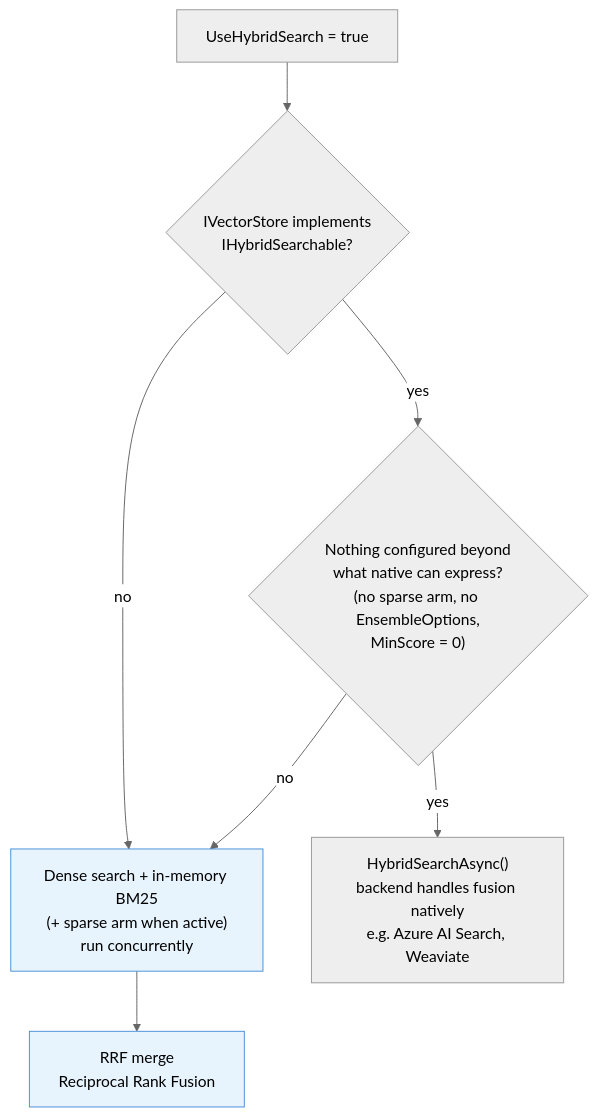
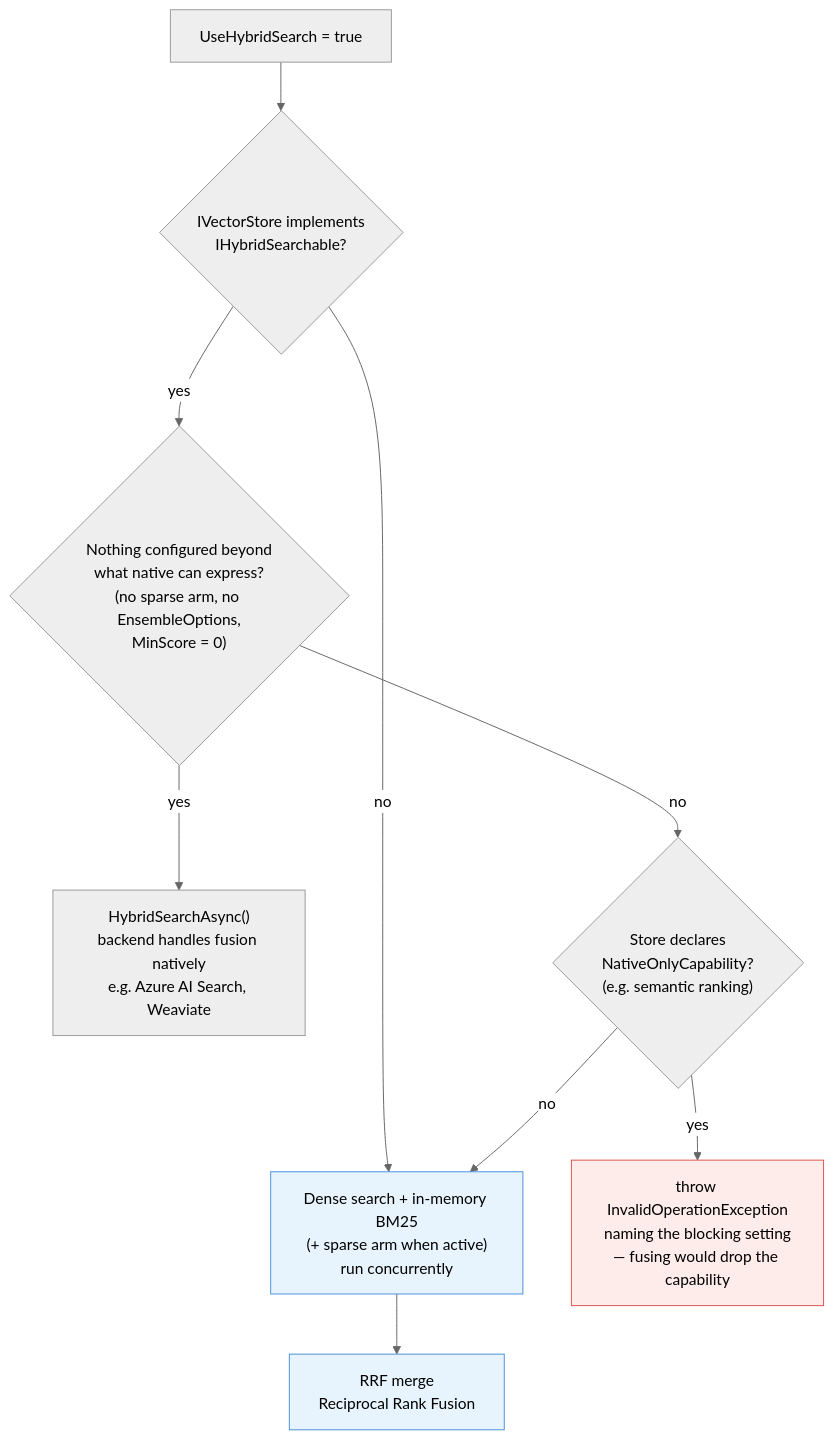
The first of 7 diagrams in docs/guide/retrieval.md (MarcelRoozekrans/Rag.NET), drawn with Mermaid (neutral theme) before and after one commit. The commit also changed other lines of this file and 14 other files, not shown here.

````diff
--- a/docs/guide/retrieval.md
+++ b/docs/guide/retrieval.md
@@ -186,12 +186,15 @@
 ```mermaid
 flowchart TD
     Q["UseHybridSearch = true"] --> CHECK{IVectorStore implements<br>IHybridSearchable?}
     CHECK -- yes --> EXPR{"Nothing configured beyond<br>what native can express?<br>(no sparse arm, no EnsembleOptions,<br>MinScore = 0)"}
     CHECK -- no --> FALLBACK["Dense search + in-memory BM25<br>(+ sparse arm when active)<br>run concurrently"]
     EXPR -- yes --> NATIVE["HybridSearchAsync()<br>backend handles fusion natively<br>e.g. Azure AI Search, Weaviate"]
-    EXPR -- no --> FALLBACK
+    EXPR -- no --> DECL{"Store declares<br>NativeOnlyCapability?<br>(e.g. semantic ranking)"}
+    DECL -- no --> FALLBACK
+    DECL -- yes --> REFUSE["throw InvalidOperationException<br>naming the blocking setting<br>— fusing would drop the capability"]
     FALLBACK --> RRF["RRF merge<br>Reciprocal Rank Fusion"]
 
     style FALLBACK fill:#e8f4fd,stroke:#4a90d9
     style RRF fill:#e8f4fd,stroke:#4a90d9
+    style REFUSE fill:#fdecea,stroke:#d9534f
 ```
````
